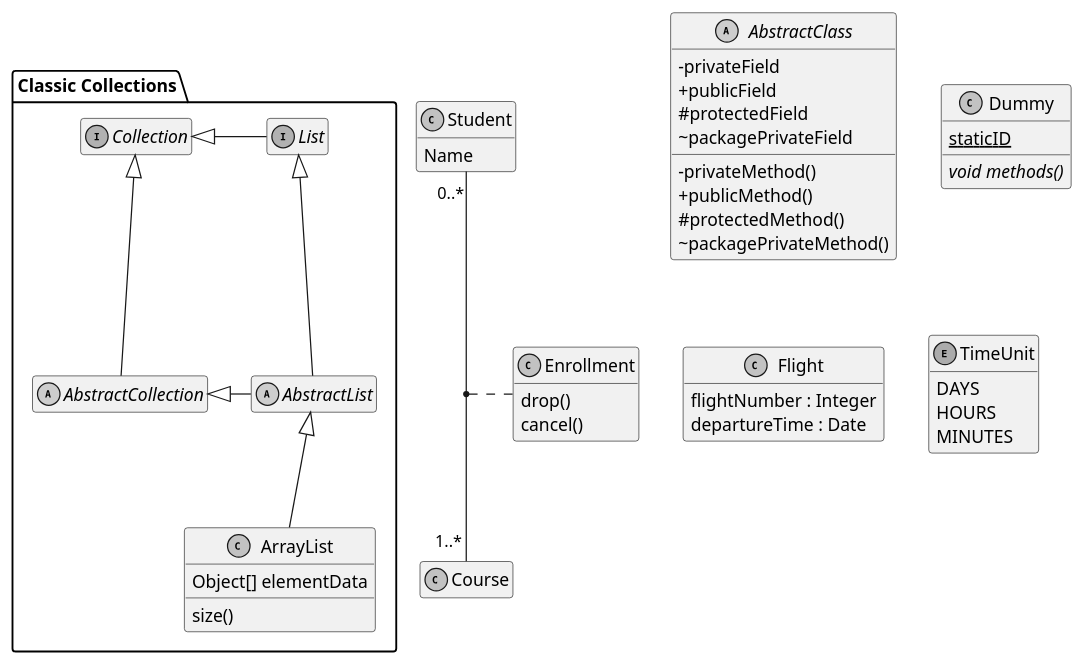
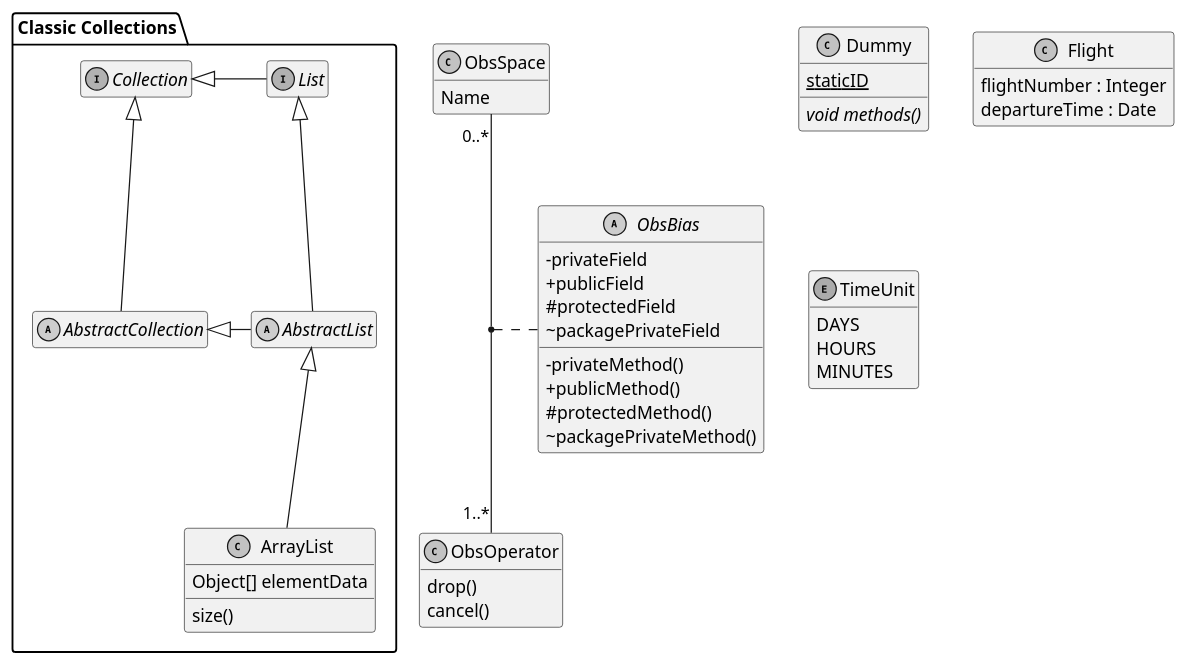
Before and after one commit to xinzhang8noaa/jedi-varbc-doc: the diagram in source/design/design.rst, drawn with PlantUML.

```diff
--- a/source/design/design.rst
+++ b/source/design/design.rst
@@ -4,71 +4,72 @@
 .. uml::
 
     @startuml
  
         'style options 
         skinparam monochrome true
         skinparam circledCharacterRadius 9
         skinparam circledCharacterFontSize 8
         skinparam classAttributeIconSize 0
         hide empty members
-    
-        abstract class AbstractClass {
+
+        abstract class ObsBias {
           - privateField
           + publicField
           # protectedField
           ~ packagePrivateField
           - privateMethod()
           + publicMethod()
           # protectedMethod()
           ~ packagePrivateMethod()
            }
     
         class Dummy {
           {static} staticID
           {abstract} void methods()
            }
-        
+
         class Flight {
            flightNumber : Integer
            departureTime : Date
            }
-        
+
         package "Classic Collections" {
-           
+
            abstract class AbstractList
            abstract AbstractCollection
            interface List
            interface Collection
-           
+
            List <|-- AbstractList
            Collection <|-- AbstractCollection
-           
+
            Collection <|- List
            AbstractCollection <|- AbstractList
            AbstractList <|-- ArrayList
-           
+
            class ArrayList {
              Object[] elementData
              size()
               } 
         }
-        
+
         enum TimeUnit {
           DAYS
           HOURS
           MINUTES
         }
-          
-    
-        class Student {
+
+
+        class ObsSpace {
           Name
         }
-        Student "0..*" -- "1..*" Course
-        (Student, Course) .. Enrollment
         
-        class Enrollment {
+        ObsSpace "0..*" -- "1..*" ObsOperator
+        (ObsSpace, ObsOperator) .. ObsBias
+
+        class ObsOperator {
           drop()
           cancel()
         }
 
     @enduml
```
